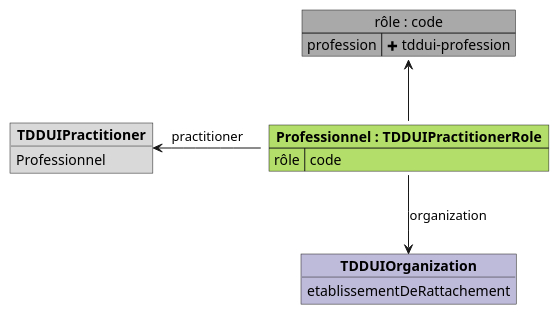
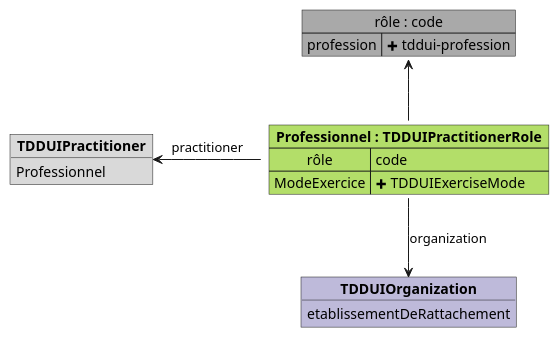
One commit to ansforge/IG-fhir-medicosocial-transfert-donnees-dui changed the diagram in input/images-source/mapping_TDDUIPractitionerRole.plantuml. Above: the diagram before and after it, drawn with PlantUML. The commit also changed 4 other files, not shown here.

Commit message:
Ajout ModeExercice du professionnel

```diff
--- a/input/images-source/mapping_TDDUIPractitionerRole.plantuml
+++ b/input/images-source/mapping_TDDUIPractitionerRole.plantuml
@@ -1,23 +1,24 @@
 @startuml
 
 map "rôle : code" as rôle #DarkGray {
     profession => <&plus> tddui-profession
 }
 
 object "**TDDUIOrganization**" as TDDUIOrganization #bebada {
     etablissementDeRattachement
 }
 
 object "**TDDUIPractitioner**" as TDDUIPractitioner #d9d9d9 {
     Professionnel
 }
 
 map "**Professionnel : TDDUIPractitionerRole**" as Professionnel #b3de69 {
     rôle => code
+    ModeExercice => <&plus> TDDUIExerciseMode
 }
 
 Professionnel::rle -u-> rôle
 Professionnel -d-> TDDUIOrganization : organization
 Professionnel -l-> TDDUIPractitioner : practitioner
 
 @enduml
```
